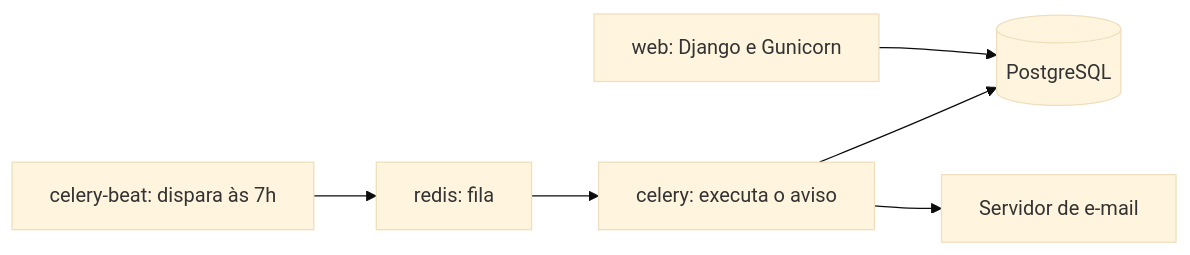
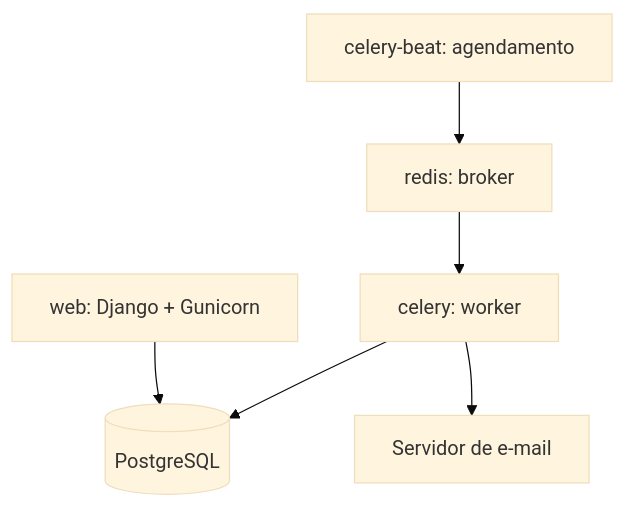
The second of 4 diagrams in docs/entrega-modulo-acompanhamento.md (ldhonorato/PPGEC_rec), drawn with Mermaid (base theme) before and after one commit. The commit also changed other lines of this file and 3 other files, not shown here.

````diff
--- a/docs/entrega-modulo-acompanhamento.md
+++ b/docs/entrega-modulo-acompanhamento.md
@@ -49,15 +191,15 @@
 ```mermaid
-flowchart LR
-    web["web: Django e Gunicorn"]
-    beat["celery-beat: dispara às 7h"]
-    redis["redis: fila"]
-    worker["celery: executa o aviso"]
-    banco[("PostgreSQL")]
-    email["Servidor de e-mail"]
+flowchart TB
+    W["web: Django + Gunicorn"]
+    B["celery-beat: agendamento"]
+    R["redis: broker"]
+    C["celery: worker"]
+    P[("PostgreSQL")]
+    E["Servidor de e-mail"]
 
-    web --> banco
-    beat --> redis
-    redis --> worker
-    worker --> banco
-    worker --> email
+    W --> P
+    B --> R
+    R --> C
+    C --> P
+    C --> E
 ```
````
